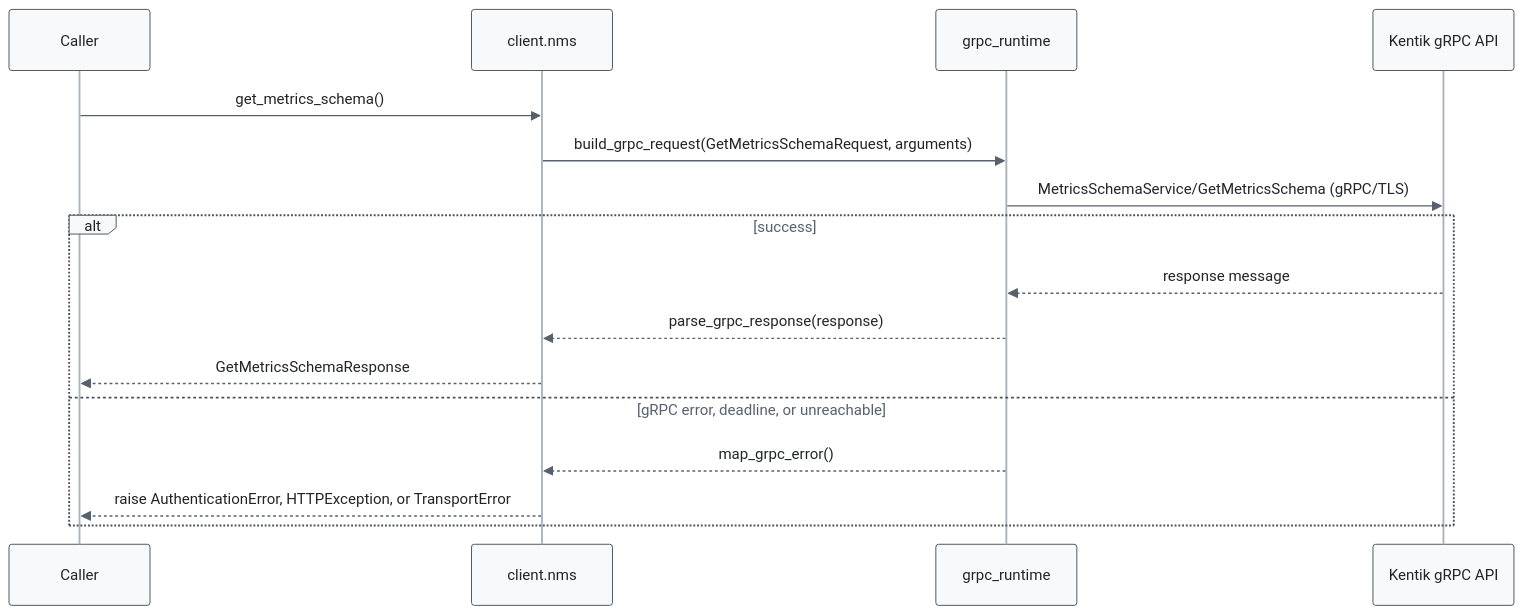
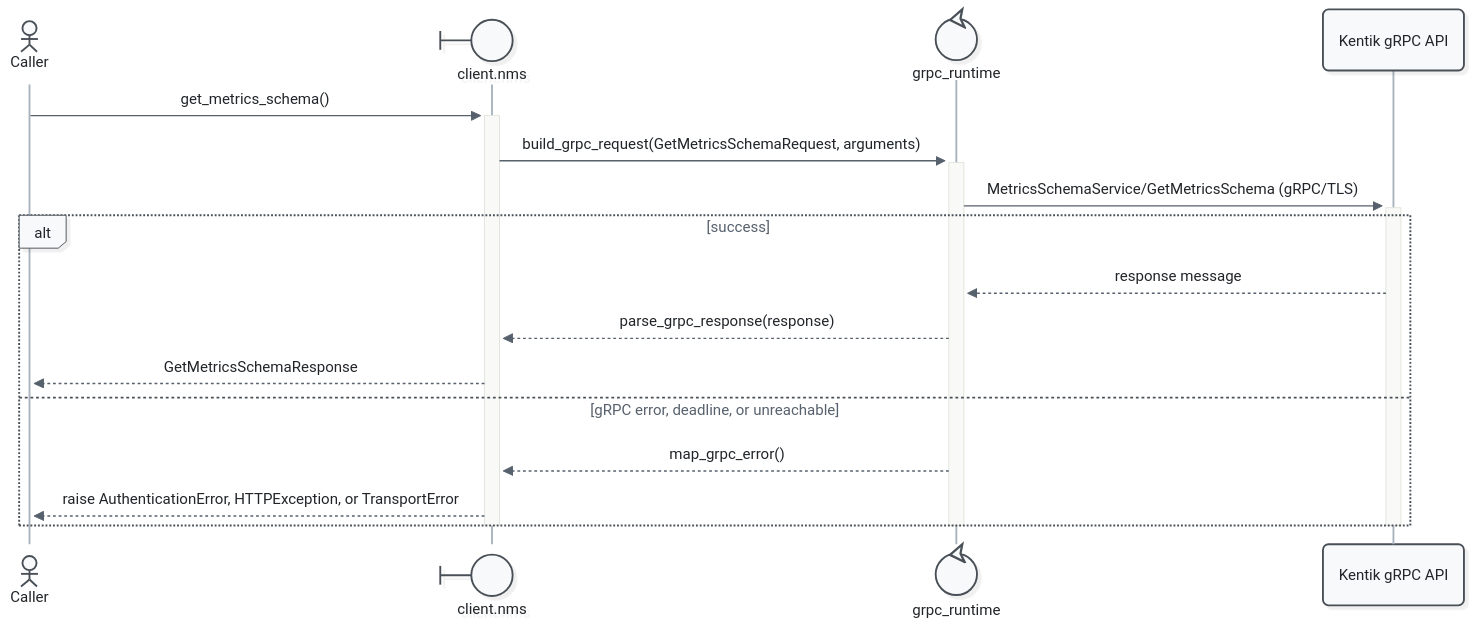
One commit to alexdearaujo/community_sdk_python changed the second of 3 diagrams in docs/sphinx/services/nms.md. Above: the diagram before and after it, drawn with Mermaid. The commit also changed other lines of this file and 52 other files, not shown here.

First line of the commit message:
docs: Mermaid 12 sequence diagrams with participant types and path colors

````diff
--- a/docs/sphinx/services/nms.md
+++ b/docs/sphinx/services/nms.md
@@ -51,20 +53,23 @@
 ```mermaid
-%%{init: {"theme": "base", "fontFamily": "ui-monospace, SFMono-Regular, Menlo, monospace", "themeVariables": {"fontFamily": "ui-monospace, SFMono-Regular, Menlo, monospace", "primaryColor": "#f8f9fa", "primaryBorderColor": "#495057", "primaryTextColor": "#212529", "textColor": "#212529", "lineColor": "#77818c", "edgeLabelBackground": "#ffffff", "actorBkg": "#f8f9fa", "actorBorder": "#495057", "actorTextColor": "#212529", "actorLineColor": "#a9b3be", "signalColor": "#57616d", "signalTextColor": "#212529", "labelBoxBkgColor": "#f8f9fa", "labelBoxBorderColor": "#495057", "labelTextColor": "#212529", "loopTextColor": "#57616d", "noteBkgColor": "#fff9db", "noteBorderColor": "#f08c00", "noteTextColor": "#a35a00"}, "flowchart": {"curve": "step", "nodeSpacing": 30, "rankSpacing": 70, "wrappingWidth": 400}}}%%
+%%{init: {"theme": "redux", "look": "neo", "layout": "dagre", "fontFamily": "ui-monospace, SFMono-Regular, Menlo, monospace", "themeVariables": {"fontFamily": "ui-monospace, SFMono-Regular, Menlo, monospace", "primaryColor": "#f8f9fa", "primaryBorderColor": "#495057", "primaryTextColor": "#212529", "textColor": "#212529", "lineColor": "#77818c", "edgeLabelBackground": "#ffffff", "actorBkg": "#f8f9fa", "actorBorder": "#495057", "actorTextColor": "#212529", "actorLineColor": "#a9b3be", "signalColor": "#57616d", "signalTextColor": "#212529", "labelBoxBkgColor": "#f8f9fa", "labelBoxBorderColor": "#495057", "labelTextColor": "#212529", "loopTextColor": "#57616d", "noteBkgColor": "#fff9db", "noteBorderColor": "#f08c00", "noteTextColor": "#a35a00"}, "sequence": {"activationWidth": 16}, "flowchart": {"curve": "step", "nodeSpacing": 30, "rankSpacing": 70, "wrappingWidth": 400}}}%%
 sequenceDiagram
-    participant C as Caller
-    participant W as client.nms
-    participant R as grpc_runtime
+    actor C as Caller
+    participant W@{ "type": "boundary" } as client.nms
+    participant R@{ "type": "control" } as grpc_runtime
     participant API as Kentik gRPC API
 
-    C->>W: get_metrics_schema()
-    W->>R: build_grpc_request(GetMetricsSchemaRequest, arguments)
-    R->>API: MetricsSchemaService/GetMetricsSchema (gRPC/TLS)
+    C->>+W: get_metrics_schema()
+    W->>+R: build_grpc_request(GetMetricsSchemaRequest, arguments)
+    R->>+API: MetricsSchemaService/GetMetricsSchema (gRPC/TLS)
     alt success
         API-->>R: response message
         R-->>W: parse_grpc_response(response)
         W-->>C: GetMetricsSchemaResponse
     else gRPC error, deadline, or unreachable
         R-->>W: map_grpc_error()
         W-->>C: raise AuthenticationError, HTTPException, or TransportError
     end
+    deactivate API
+    deactivate R
+    deactivate W
 ```
````
